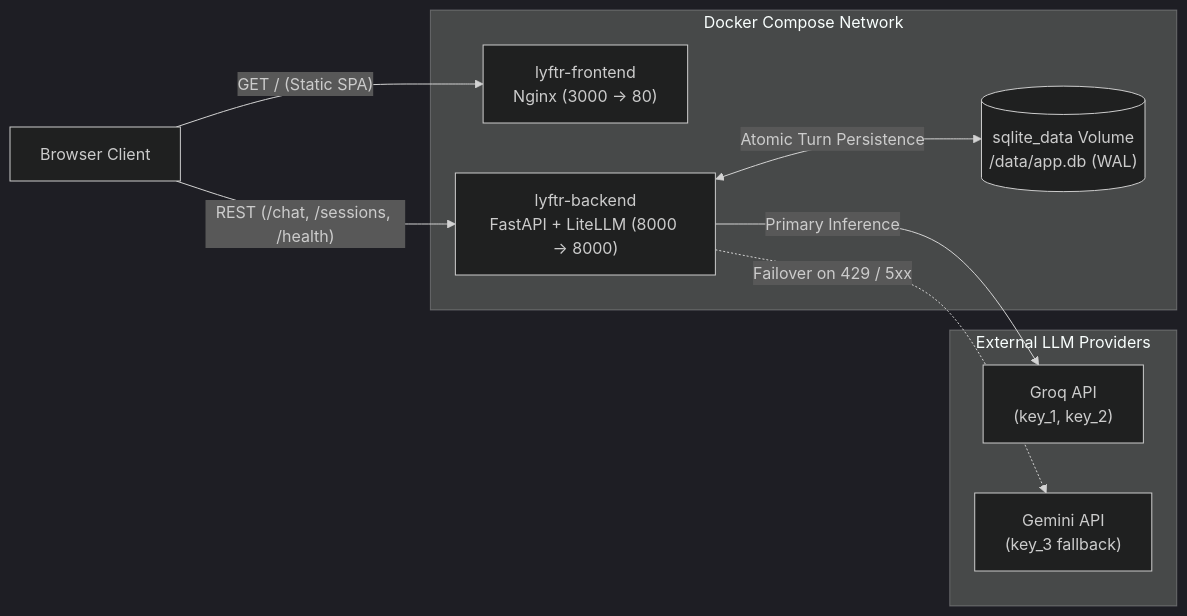
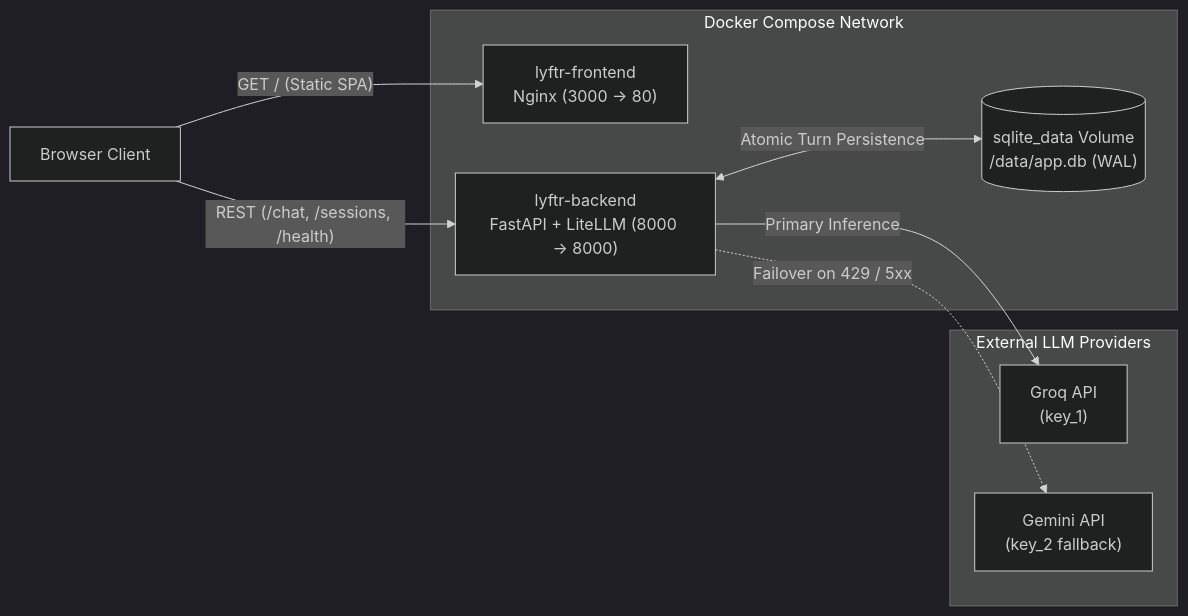
One commit to iqtadar-ai/lyftr_AI changed the second of 2 diagrams in README.md. Above: the diagram before and after it, drawn with Mermaid (dark theme).

Commit message:
Fix Mermaid bidirectional arrow syntax in README

````diff
--- a/README.md
+++ b/README.md
@@ -98,21 +98,21 @@
 ```mermaid
 flowchart LR
     Browser["Browser Client"]
 
     subgraph Docker["Docker Compose Network"]
         FE["lyftr-frontend<br/>Nginx (3000 → 80)"]
         BE["lyftr-backend<br/>FastAPI + LiteLLM (8000 → 8000)"]
         VOL[("sqlite_data Volume<br/>/data/app.db (WAL)")]
     end
 
     subgraph Providers["External LLM Providers"]
-        GROQ["Groq API<br/>(key_1, key_2)"]
-        GEMINI["Gemini API<br/>(key_3 fallback)"]
+        GROQ["Groq API<br/>(key_1)"]
+        GEMINI["Gemini API<br/>(key_2 fallback)"]
     end
 
     Browser -->|"GET / (Static SPA)"| FE
     Browser -->|"REST (/chat, /sessions, /health)"| BE
     BE <-->|"Atomic Turn Persistence"| VOL
     BE -->|"Primary Inference"| GROQ
     BE -.->|"Failover on 429 / 5xx"| GEMINI
 ```
````
